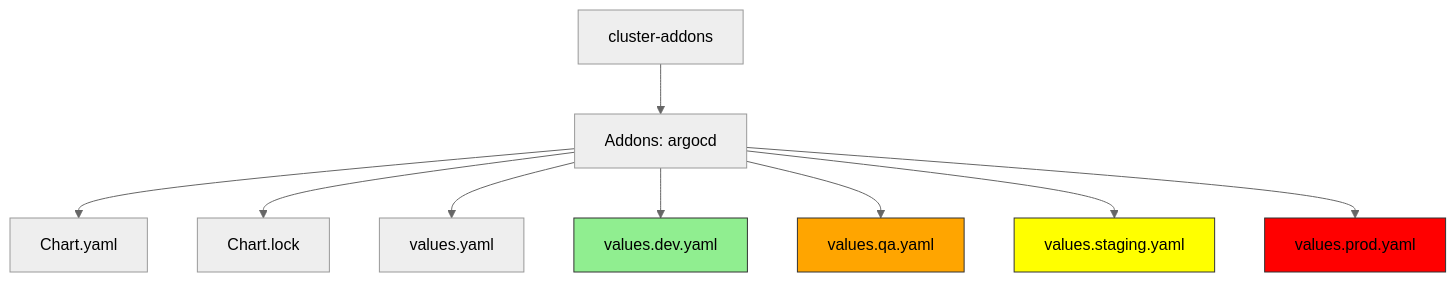
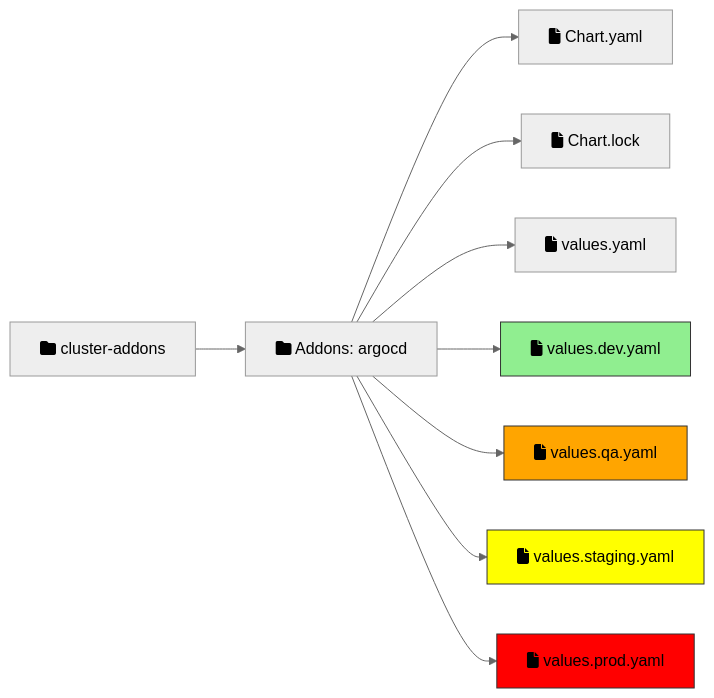
One commit to argo-universe/argo-bigbang changed the second of 2 diagrams in README.md. Above: the diagram before and after it, drawn with Mermaid (neutral theme).

Commit message:
direction change

````diff
--- a/README.md
+++ b/README.md
@@ -36,17 +36,17 @@
 ```mermaid
-graph TD
+graph LR
     style DEV fill:lightgreen,stroke:#333,stroke-width:1px
     style QA fill:orange,stroke:#333,stroke-width:1px
     style STG fill:yellow,stroke:#333,stroke-width:1px
     style PROD fill:red,stroke:#333,stroke-width:1px
 
-    R[cluster-addons] --> ADDON[Addons: argocd]
-    ADDON --> A0[Chart.yaml]
-    ADDON --> A1[Chart.lock]
-    ADDON --> A2[values.yaml]
-    ADDON --> DEV[values.dev.yaml]
-    ADDON --> QA[values.qa.yaml]
-    ADDON --> STG[values.staging.yaml]
-    ADDON --> PROD[values.prod.yaml] 
+    R[fa:fa-folder cluster-addons] --> ADDON[fa:fa-folder Addons: argocd]
+    ADDON --> A0[fa:fa-file Chart.yaml]
+    ADDON --> A1[fa:fa-file Chart.lock]
+    ADDON --> A2[fa:fa-file values.yaml]
+    ADDON --> DEV[fa:fa-file values.dev.yaml]
+    ADDON --> QA[fa:fa-file values.qa.yaml]
+    ADDON --> STG[fa:fa-file values.staging.yaml]
+    ADDON --> PROD[fa:fa-file values.prod.yaml] 
      
 ```
````
